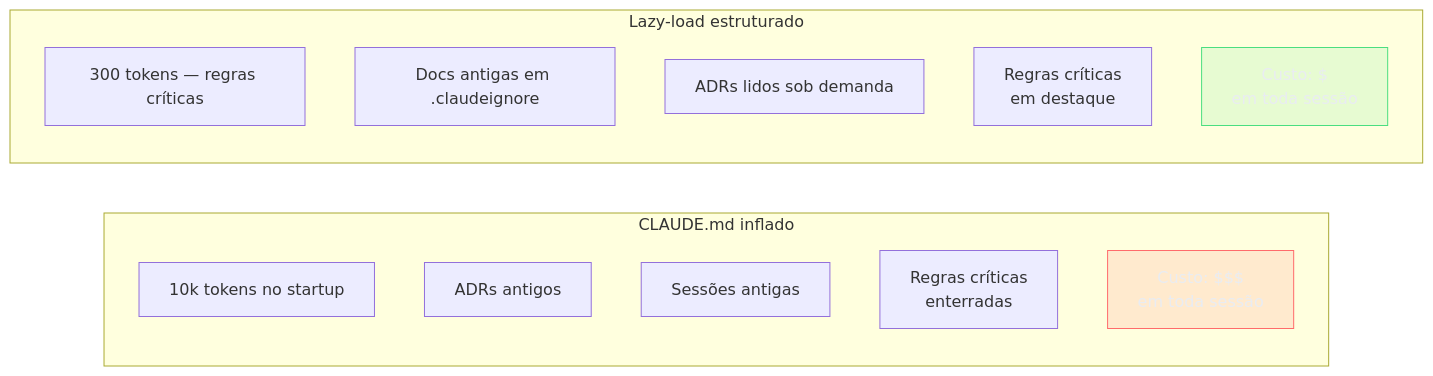
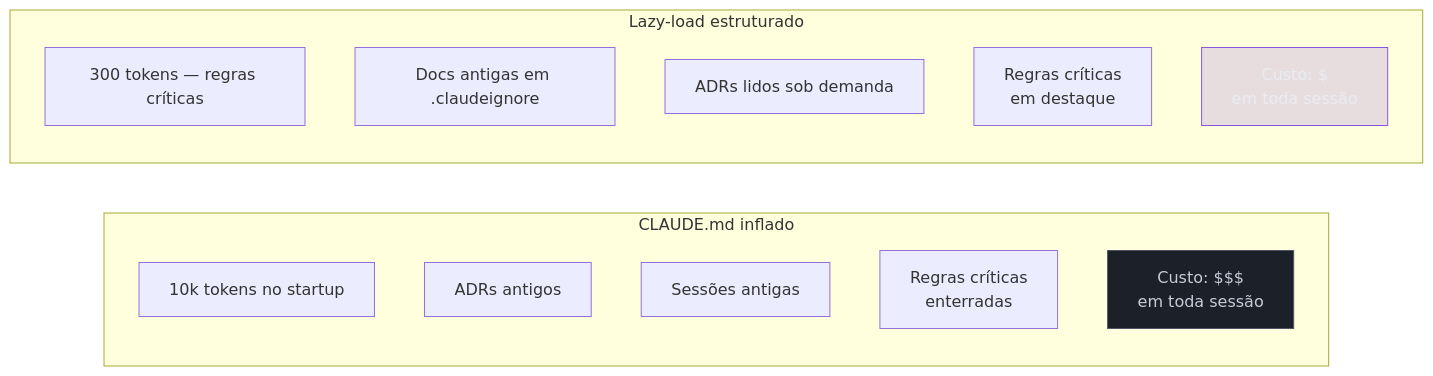
The diagram in 03-Dominios/Tecnologia/IA/Claude Code/Workflows/11 - Estratégias estruturais de contexto/01 - Estrutura .claude lazy-load.md (josenaldo/codex-technomanticus), drawn with Mermaid before and after one commit. The commit also changed 601 other files, not shown here.

````diff
--- a/03-Dominios/Tecnologia/IA/Claude Code/Workflows/11 - Estratégias estruturais de contexto/01 - Estrutura .claude lazy-load.md
+++ b/03-Dominios/Tecnologia/IA/Claude Code/Workflows/11 - Estratégias estruturais de contexto/01 - Estrutura .claude lazy-load.md
@@ -35,23 +35,23 @@
 ```mermaid
 flowchart LR
-    classDef falha fill:#FF6B6B24,stroke:#FF6B6B,color:#E9ECF2
-    classDef ok fill:#4ADE8021,stroke:#4ADE80,color:#E9ECF2
+    classDef marca fill:#8855DF33,stroke:#8855DF,color:#E9ECF2
+    classDef neutro fill:#1B2029,stroke:#4E5666,color:#C6CCD8
     subgraph "CLAUDE.md inflado"
         A1[10k tokens no startup]
         A2[ADRs antigos]
         A3[Sessões antigas]
         A4[Regras críticas\nenterradas]
         A5["Custo: $$$\nem toda sessão"]
     end
 
     subgraph "Lazy-load estruturado"
         B1[300 tokens — regras críticas]
         B2[Docs antigas em .claudeignore]
         B3[ADRs lidos sob demanda]
         B4[Regras críticas\nem destaque]
         B5["Custo: $\nem toda sessão"]
     end
 
-    class A5 falha
-    class B5 ok
+    class A5 neutro
+    class B5 marca
 ```
````
